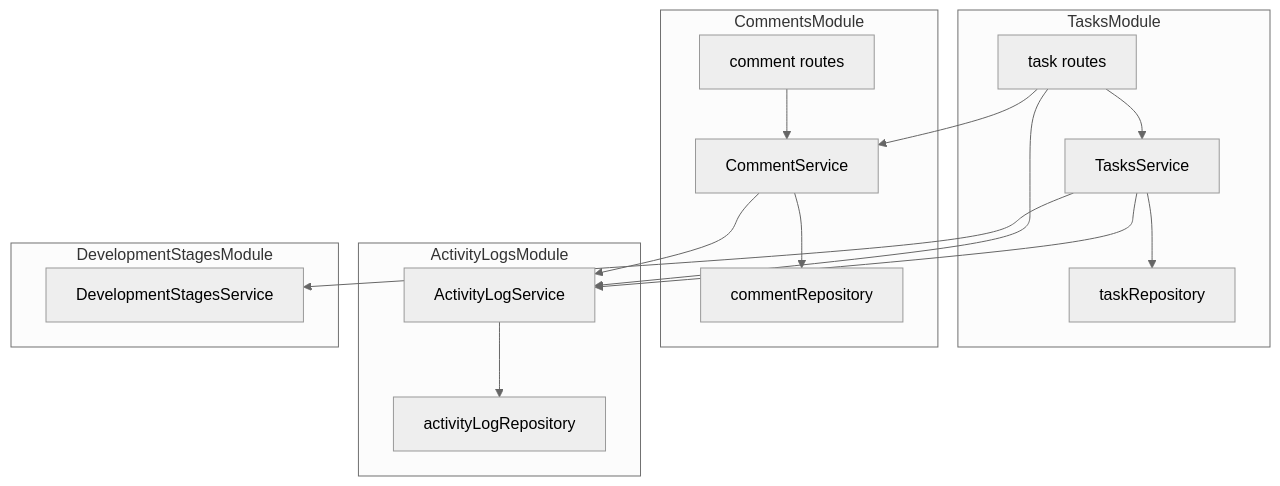
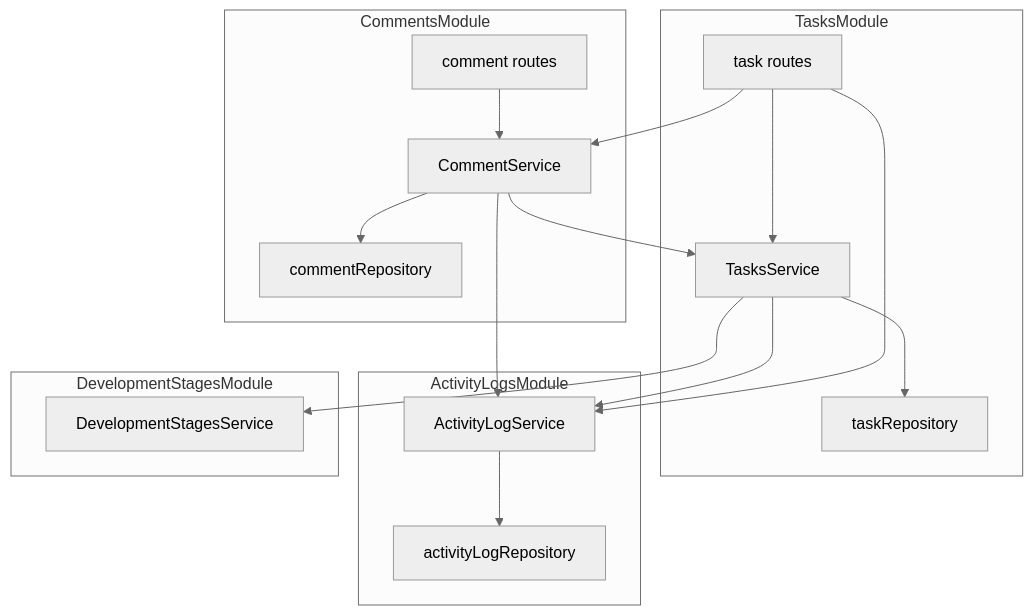
Before and after one commit to karasaki-wasabi/project-task-management: the first of 3 diagrams in .kiro/specs/task-detail/design.md, drawn with Mermaid (neutral theme). The commit also changed other lines of this file and 3 other files, not shown here.

````diff
--- a/.kiro/specs/task-detail/design.md
+++ b/.kiro/specs/task-detail/design.md
@@ -80,31 +80,32 @@
 ```mermaid
 graph TB
     subgraph TasksModule
         TaskRoutes[task routes]
         TaskService[TasksService]
         TaskRepo[taskRepository]
     end
     subgraph CommentsModule
         CommentRoutes[comment routes]
         CommentService[CommentService]
         CommentRepo[commentRepository]
     end
     subgraph ActivityLogsModule
         ActivityLogService[ActivityLogService]
         ActivityLogRepo[activityLogRepository]
     end
     subgraph DevelopmentStagesModule
         StageService[DevelopmentStagesService]
     end
 
     TaskRoutes --> TaskService
     TaskRoutes --> CommentService
     TaskRoutes --> ActivityLogService
     TaskService --> TaskRepo
     TaskService --> ActivityLogService
     TaskService --> StageService
     CommentRoutes --> CommentService
     CommentService --> CommentRepo
     CommentService --> ActivityLogService
+    CommentService --> TaskService
     ActivityLogService --> ActivityLogRepo
 ```
````
